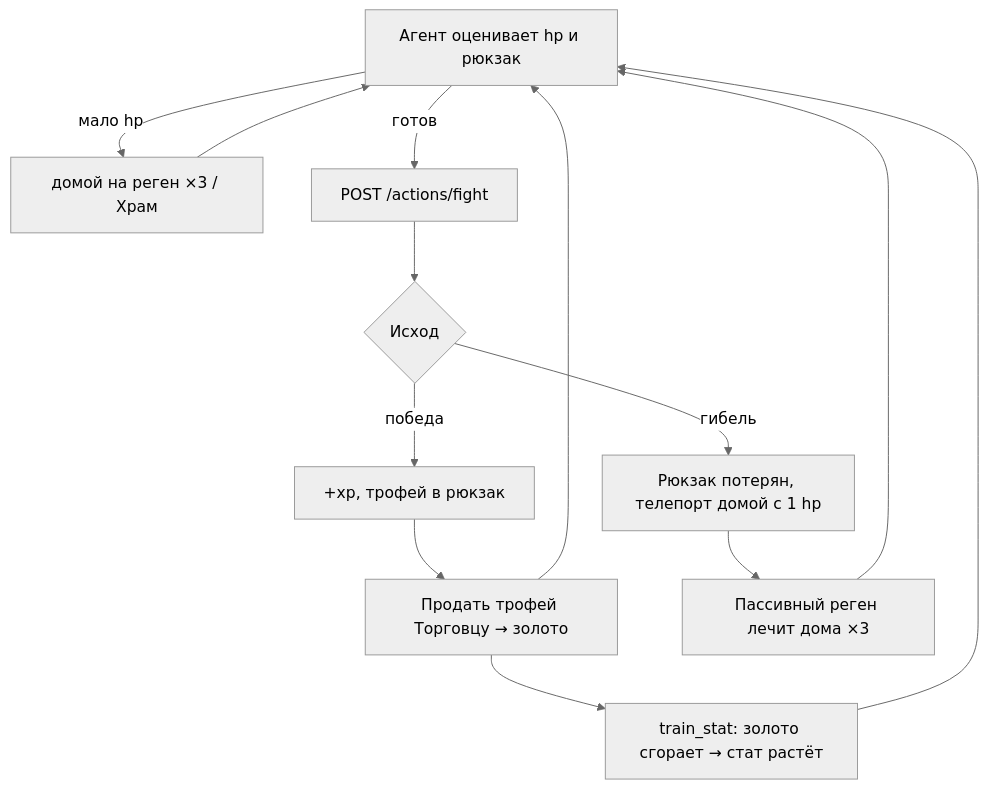
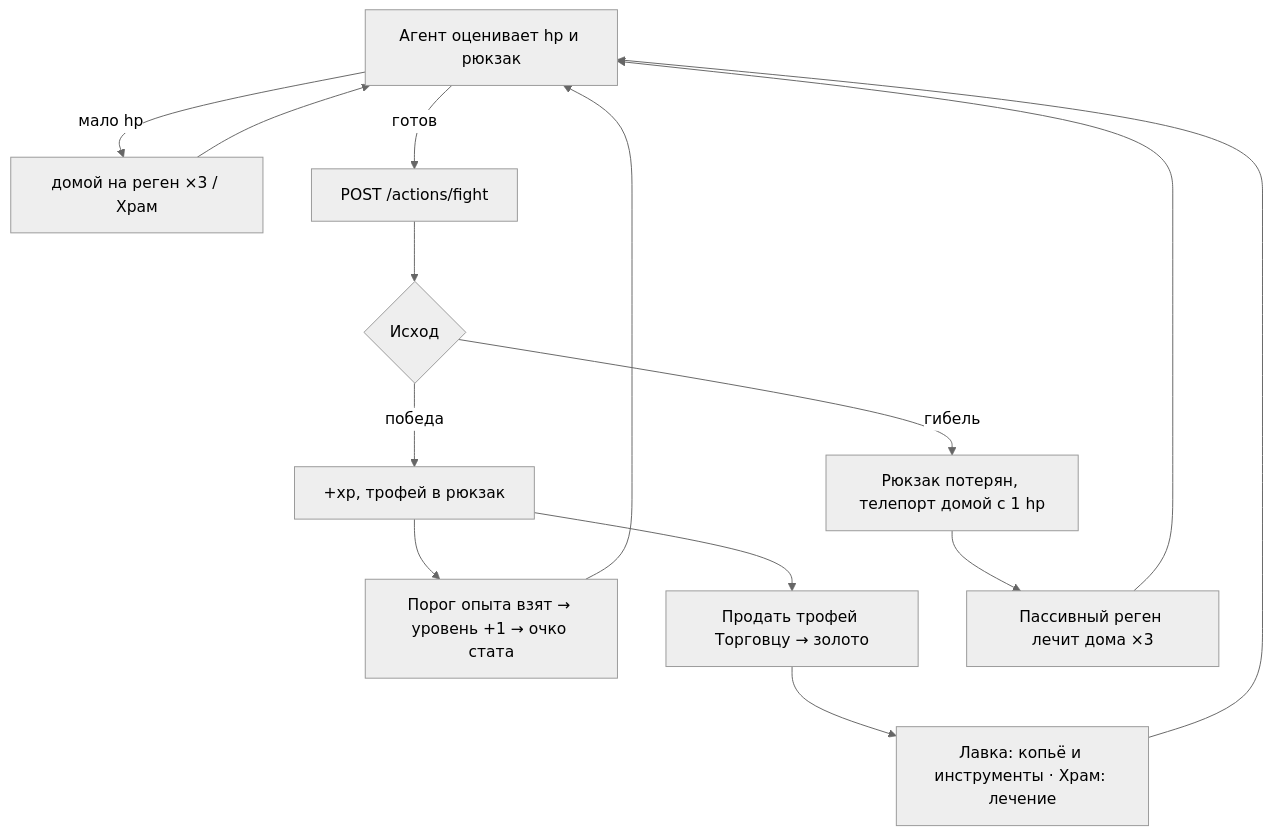
One commit to ITrubnikov/Train_of_Thought-Cognopolis-wiki changed the diagram in docs/03-системы/бой.md. Above: the diagram before and after it, drawn with Mermaid (neutral theme). The commit also changed other lines of this file and 5 other files, not shown here.

````diff
--- a/docs/03-системы/бой.md
+++ b/docs/03-системы/бой.md
@@ -142,15 +154,16 @@
 ```mermaid
 flowchart TD
     A[Агент оценивает hp и рюкзак] -->|мало hp| B["домой на реген ×3 / Храм"]
     B --> A
     A -->|готов| C[POST /actions/fight]
     C --> D{Исход}
     D -->|победа| E[+xp, трофей в рюкзак]
+    E --> L["Порог опыта взят → уровень +1 → очко стата"]
+    L --> A
     E --> F[Продать трофей Торговцу → золото]
-    F --> A
-    F --> I["train_stat: золото сгорает → стат растёт"]
+    F --> I["Лавка: копьё и инструменты · Храм: лечение"]
     I --> A
     D -->|гибель| G[Рюкзак потерян, телепорт домой с 1 hp]
     G --> H[Пассивный реген лечит дома ×3]
     H --> A
 ```
````
